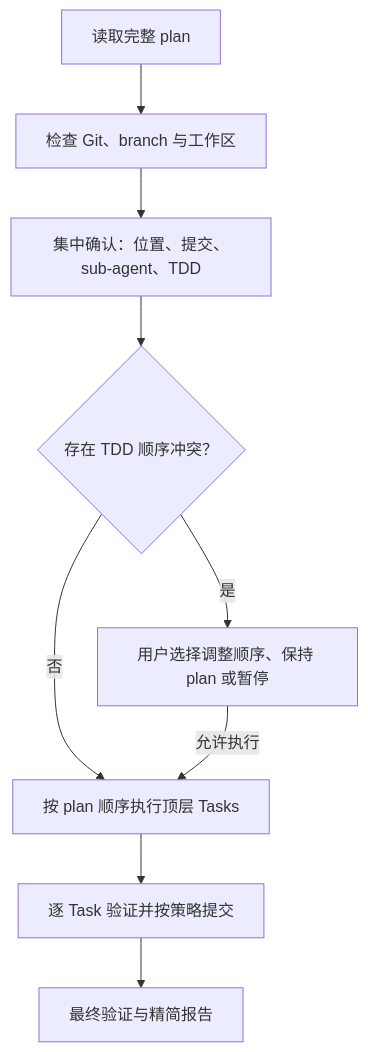
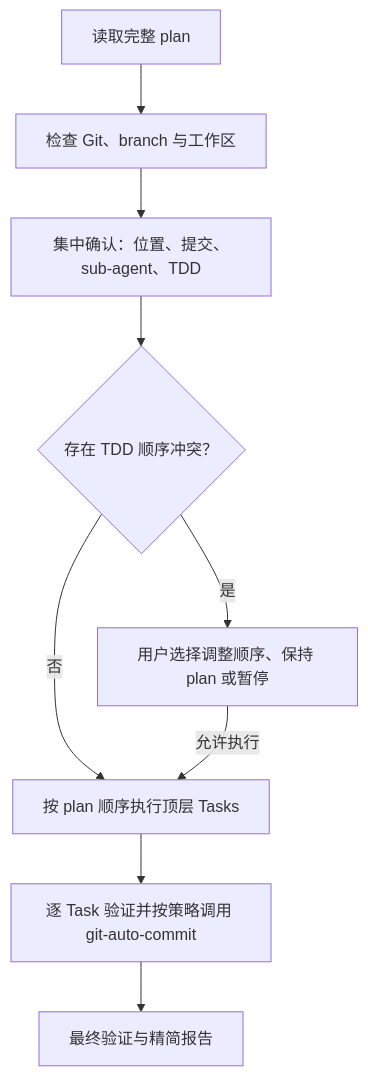
Before and after one commit to cmstar/hyperpowers-skills: the third of 4 diagrams in docs/wiki.md, drawn with Mermaid. The commit also changed other lines of this file and 2 other files, not shown here.

Commit message:
让执行器按用户选择在任务边界调用 git-auto-commit

````diff
--- a/docs/wiki.md
+++ b/docs/wiki.md
@@ -340,11 +347,11 @@
 ```mermaid
 flowchart TD
     P["读取完整 plan"] --> G["检查 Git、branch 与工作区"]
     G --> C["集中确认：位置、提交、sub-agent、TDD"]
     C --> K{"存在 TDD 顺序冲突？"}
     K -->|"是"| R["用户选择调整顺序、保持 plan 或暂停"]
     K -->|"否"| T["按 plan 顺序执行顶层 Tasks"]
     R -->|"允许执行"| T
-    T --> V["逐 Task 验证并按策略提交"]
+    T --> V["逐 Task 验证并按策略调用 git-auto-commit"]
     V --> F["最终验证与精简报告"]
 ```
````
